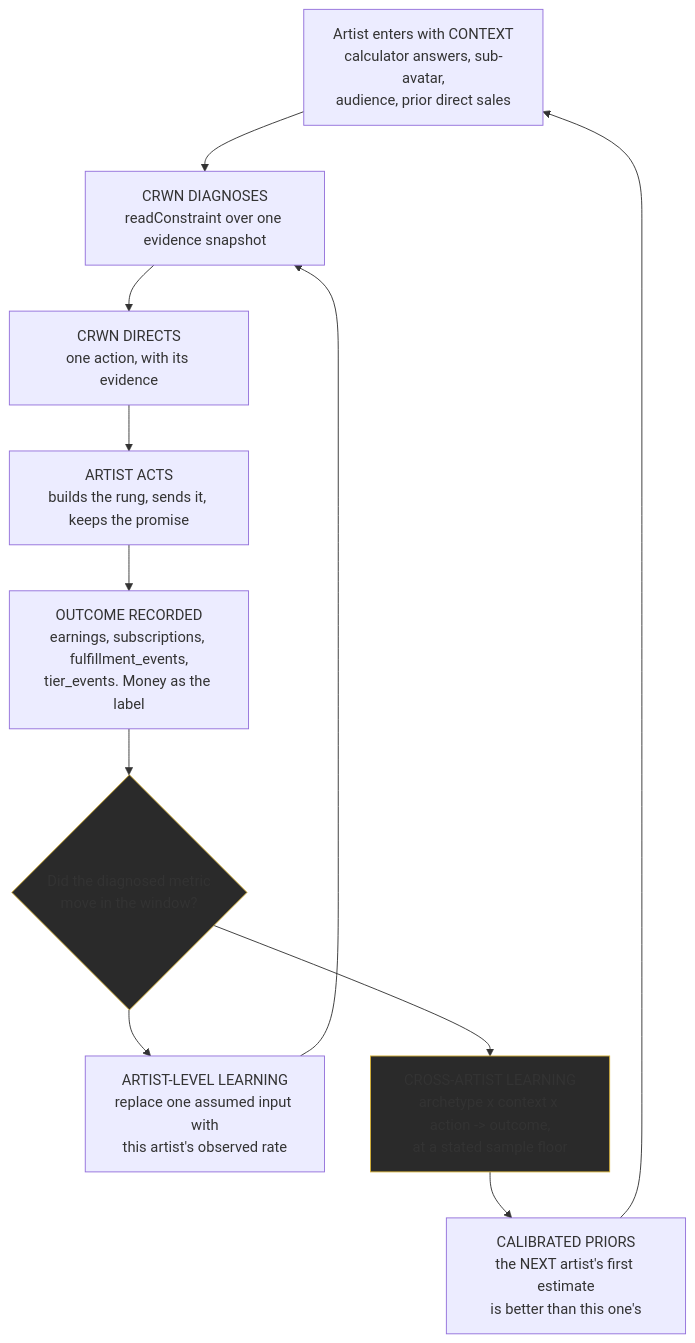
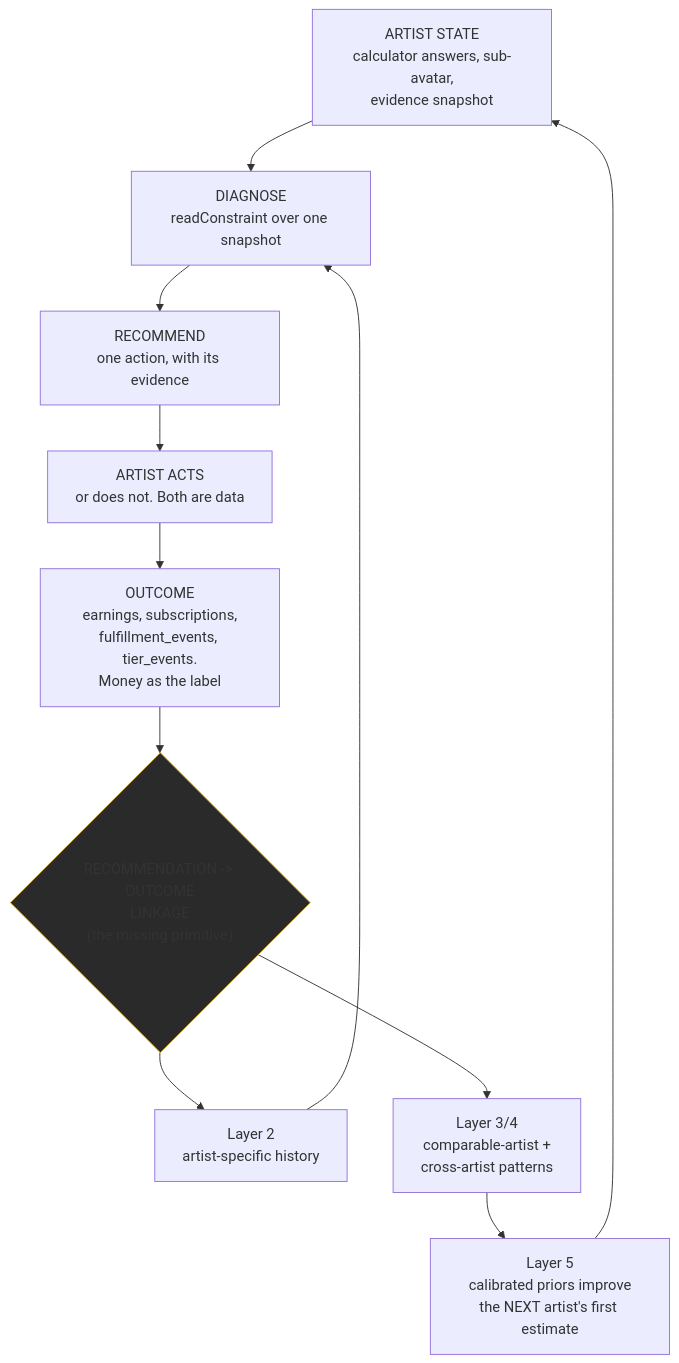
One commit to m3rcey/crwn changed the diagram in docs/crwn-brain/23-ZERO-TO-ONE-STRATEGY.md. Above: the diagram before and after it, drawn with Mermaid. The commit also changed other lines of this file and 1 other file, not shown here.

First line of the commit message:
Zero To One reconciled: two overstatements withdrawn, category and beachhead ratified

````diff
--- a/docs/crwn-brain/23-ZERO-TO-ONE-STRATEGY.md
+++ b/docs/crwn-brain/23-ZERO-TO-ONE-STRATEGY.md
@@ -526,17 +530,16 @@
 ```mermaid
 flowchart TD
-    A["Artist enters with CONTEXT<br/>calculator answers, sub-avatar,<br/>audience, prior direct sales"] --> B
-    B["CRWN DIAGNOSES<br/>readConstraint over one evidence snapshot"] --> C
-    C["CRWN DIRECTS<br/>one action, with its evidence"] --> D
-    D["ARTIST ACTS<br/>builds the rung, sends it, keeps the promise"] --> E
-    E["OUTCOME RECORDED<br/>earnings, subscriptions, fulfillment_events,<br/>tier_events. Money as the label"] --> F
-    F{"Did the diagnosed metric<br/>move in the window?"}
-    F --> G["ARTIST-LEVEL LEARNING<br/>replace one assumed input with<br/>this artist's observed rate"]
-    F --> H["CROSS-ARTIST LEARNING<br/>archetype x context x action -> outcome,<br/>at a stated sample floor"]
+    A["ARTIST STATE<br/>calculator answers, sub-avatar,<br/>evidence snapshot"] --> B
+    B["DIAGNOSE<br/>readConstraint over one snapshot"] --> C
+    C["RECOMMEND<br/>one action, with its evidence"] --> D
+    D["ARTIST ACTS<br/>or does not. Both are data"] --> E
+    E["OUTCOME<br/>earnings, subscriptions,<br/>fulfillment_events, tier_events.<br/>Money as the label"] --> F
+    F{"RECOMMENDATION -> OUTCOME<br/>LINKAGE<br/>(the missing primitive)"}
+    F --> G["Layer 2<br/>artist-specific history"]
+    F --> H["Layer 3/4<br/>comparable-artist +<br/>cross-artist patterns"]
     G --> B
-    H --> I["CALIBRATED PRIORS<br/>the NEXT artist's first estimate<br/>is better than this one's"]
+    H --> I["Layer 5<br/>calibrated priors improve<br/>the NEXT artist's first estimate"]
     I --> A
 
     style F fill:#2A2A2A,stroke:#D4AF37
-    style H fill:#2A2A2A,stroke:#D4AF37
 ```
````
